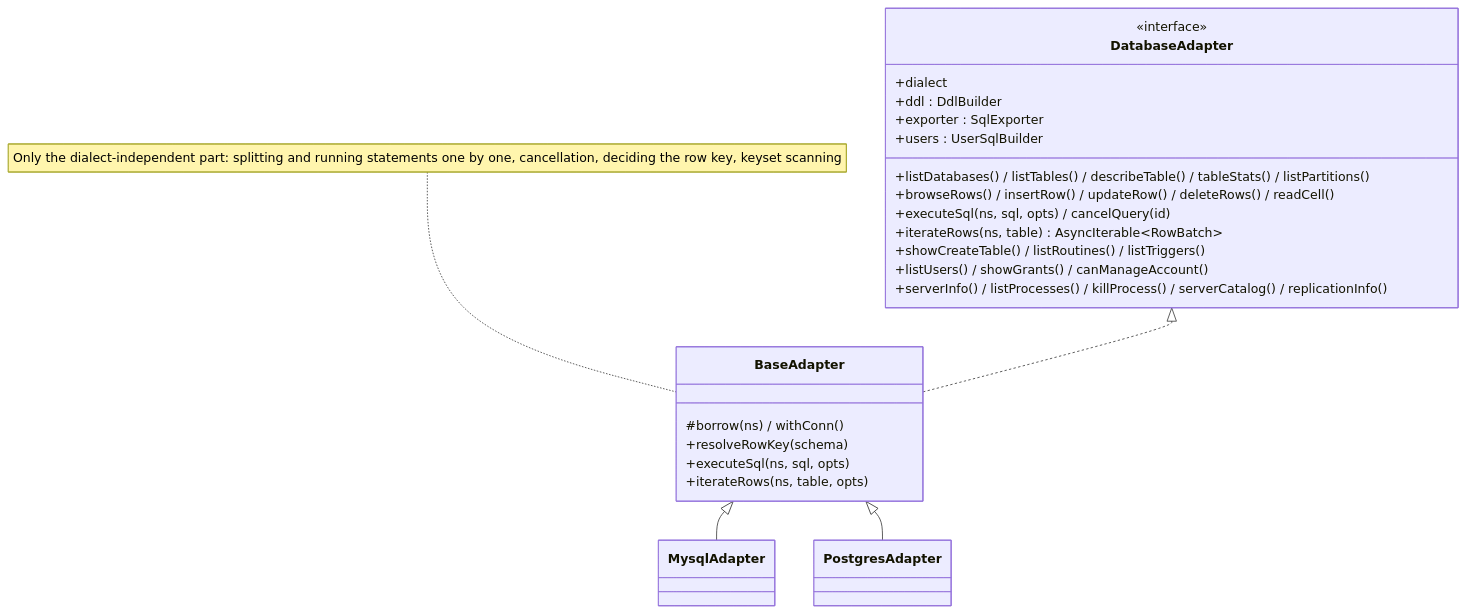
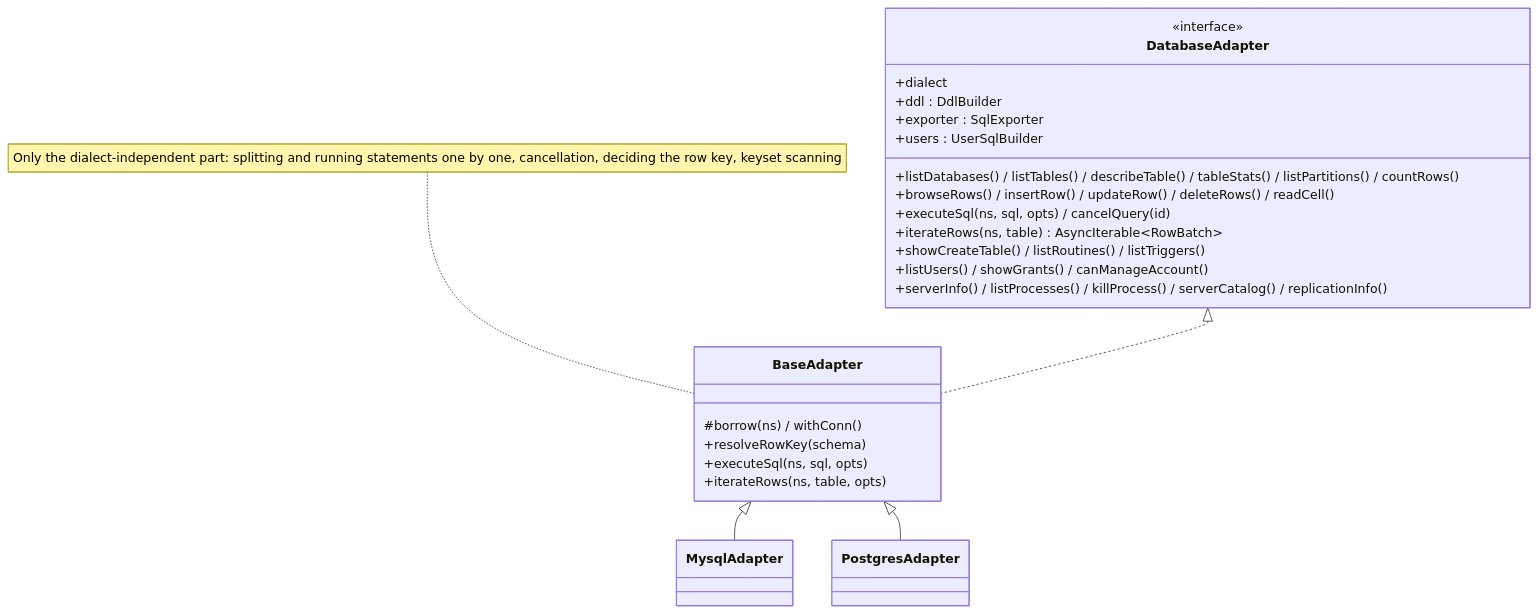
Before and after one commit to ip-san/tsmyadmin: the third of 11 diagrams in docs/en/architecture.md, drawn with Mermaid. The commit also changed other lines of this file and 21 other files, not shown here.

````diff
--- a/docs/en/architecture.md
+++ b/docs/en/architecture.md
@@ -74,29 +74,29 @@
 ```mermaid
 classDiagram
   class DatabaseAdapter {
     <<interface>>
     +dialect
-    +listDatabases() / listTables() / describeTable() / tableStats() / listPartitions()
+    +listDatabases() / listTables() / describeTable() / tableStats() / listPartitions() / countRows()
     +browseRows() / insertRow() / updateRow() / deleteRows() / readCell()
     +executeSql(ns, sql, opts) / cancelQuery(id)
     +iterateRows(ns, table) AsyncIterable~RowBatch~
     +showCreateTable() / listRoutines() / listTriggers()
     +listUsers() / showGrants() / canManageAccount()
     +serverInfo() / listProcesses() / killProcess() / serverCatalog() / replicationInfo()
     +ddl : DdlBuilder
     +exporter : SqlExporter
     +users : UserSqlBuilder
   }
   class BaseAdapter {
     #borrow(ns) / withConn()
     +resolveRowKey(schema)
     +executeSql(ns, sql, opts)
     +iterateRows(ns, table, opts)
   }
   note for BaseAdapter "Only the dialect-independent part: splitting and running statements one by one, cancellation, deciding the row key, keyset scanning"
   class MysqlAdapter
   class PostgresAdapter
   DatabaseAdapter <|.. BaseAdapter
   BaseAdapter <|-- MysqlAdapter
   BaseAdapter <|-- PostgresAdapter
 ```
````
